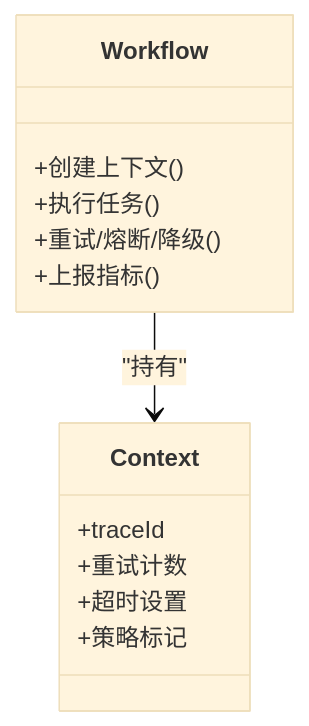
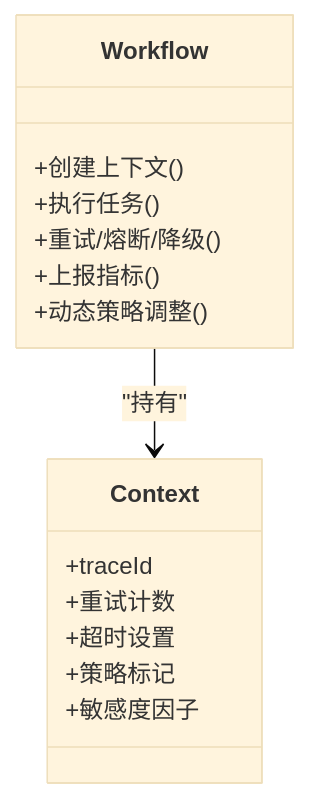
Before and after one commit to QuStarry/VIB-SparseCommunication: the fifth of 6 diagrams in .qoder/repowiki/zh/content/VIB稀疏通信核心/路由决策机制.md, drawn with Mermaid (base theme). The commit also changed other lines of this file and 31 other files, not shown here.

````diff
--- a/.qoder/repowiki/zh/content/VIB稀疏通信核心/路由决策机制.md
+++ b/.qoder/repowiki/zh/content/VIB稀疏通信核心/路由决策机制.md
@@ -180,16 +212,18 @@
 ```mermaid
 classDiagram
 class Workflow {
 +创建上下文()
 +执行任务()
 +重试/熔断/降级()
 +上报指标()
++动态策略调整()
 }
 class Context {
 +traceId
 +重试计数
 +超时设置
 +策略标记
++敏感度因子
 }
 Workflow --> Context : "持有"
 ```
````
